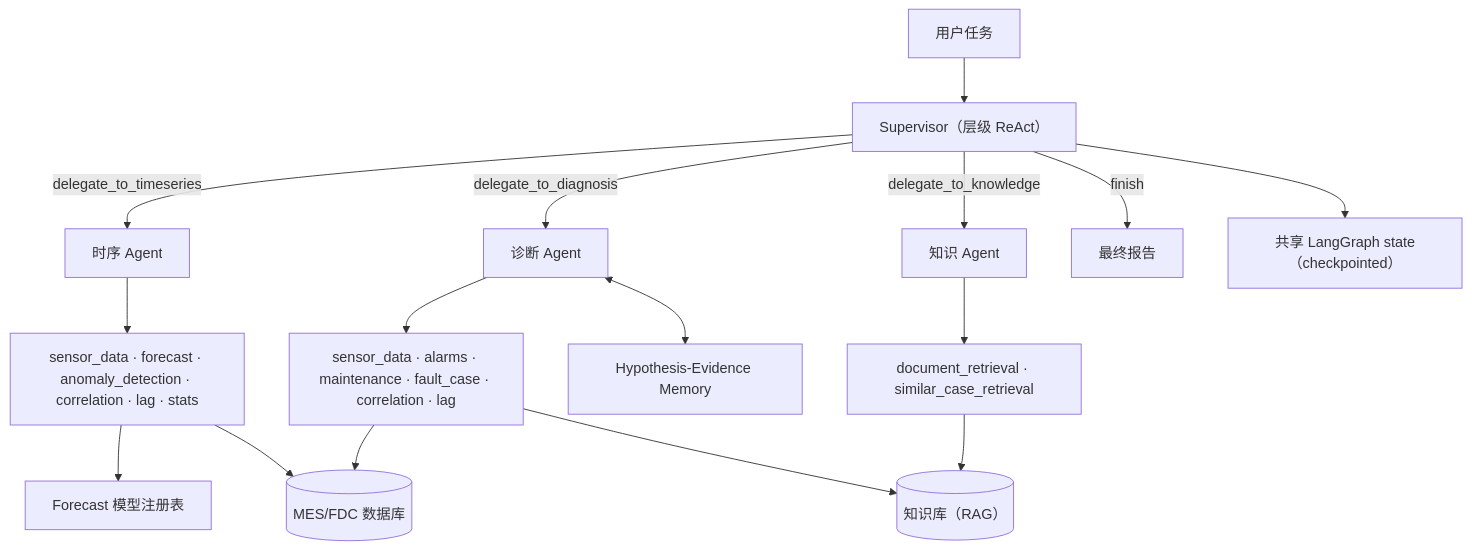
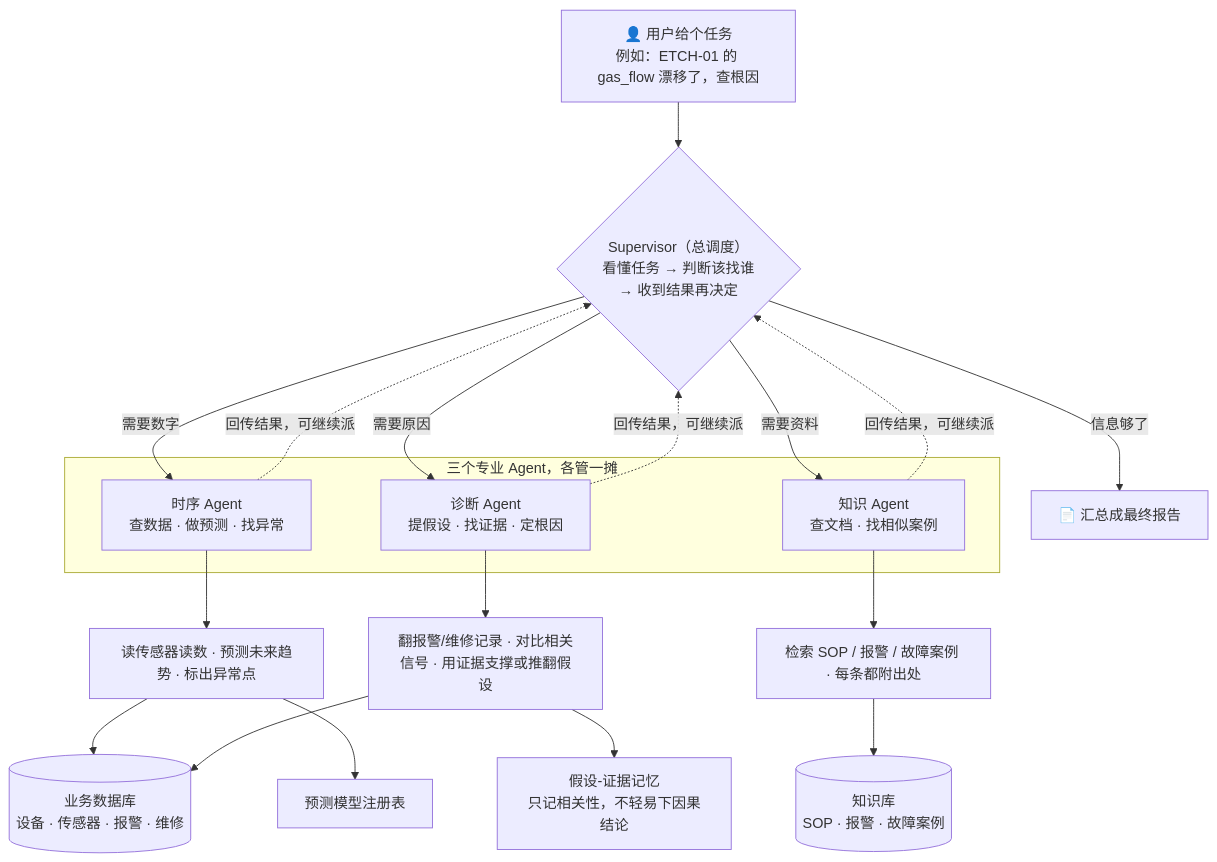
The diagram in README.md (ChenYan7120/FabPilot), drawn with Mermaid before and after one commit.

Commit message:
架构图修改

````diff
--- a/README.md
+++ b/README.md
@@ -35,22 +35,32 @@
 ```mermaid
 flowchart TB
-    USER["用户任务"] --> SUP["Supervisor（层级 ReAct）"]
+    USER["👤 用户给个任务<br/>例如：ETCH-01 的 gas_flow 漂移了，查根因"] --> SUP
 
-    SUP -->|delegate_to_timeseries| TS["时序 Agent"]
-    SUP -->|delegate_to_diagnosis| DX["诊断 Agent"]
-    SUP -->|delegate_to_knowledge| KN["知识 Agent"]
-    SUP -->|finish| OUT["最终报告"]
+    SUP{"Supervisor（总调度）<br/>看懂任务 → 判断该找谁<br/>→ 收到结果再决定"}
 
-    TS --> TST["sensor_data · forecast · anomaly_detection · correlation · lag · stats"]
-    DX --> DXT["sensor_data · alarms · maintenance · fault_case · correlation · lag"]
-    DX <--> MEM["Hypothesis-Evidence Memory"]
-    KN --> KNT["document_retrieval · similar_case_retrieval"]
+    subgraph AGENTS["三个专业 Agent，各管一摊"]
+        TS["时序 Agent<br/>查数据 · 做预测 · 找异常"]
+        DX["诊断 Agent<br/>提假设 · 找证据 · 定根因"]
+        KN["知识 Agent<br/>查文档 · 找相似案例"]
+    end
 
-    TST --> REG["Forecast 模型注册表"]
-    TST --> DB[("MES/FDC 数据库")]
-    DXT --> DB
-    KNT --> KB[("知识库（RAG）")]
-    DXT --> KB
+    SUP -->|"需要数字"| TS
+    SUP -->|"需要原因"| DX
+    SUP -->|"需要资料"| KN
 
-    SUP --> STATE["共享 LangGraph state（checkpointed）"]
+    TS --> TSD["读传感器读数 · 预测未来趋势 · 标出异常点"]
+    DX --> DXD["翻报警/维修记录 · 对比相关信号 · 用证据支撑或推翻假设"]
+    KN --> KND["检索 SOP / 报警 / 故障案例 · 每条都附出处"]
+
+    TSD --> DB[("业务数据库<br/>设备 · 传感器 · 报警 · 维修")]
+    TSD --> REG["预测模型注册表"]
+    DXD --> DB
+    DXD --> MEM["假设-证据记忆<br/>只记相关性，不轻易下因果结论"]
+    KND --> KB[("知识库<br/>SOP · 报警 · 故障案例")]
+
+    TS -. "回传结果，可继续派" .-> SUP
+    DX -. "回传结果，可继续派" .-> SUP
+    KN -. "回传结果，可继续派" .-> SUP
+
+    SUP -->|"信息够了"| OUT["📄 汇总成最终报告"]
 ```
````
